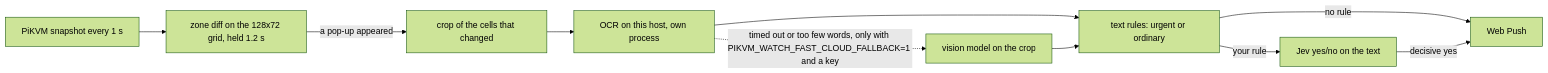
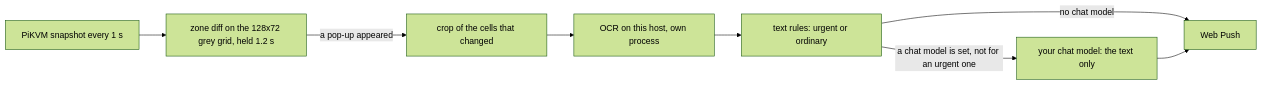
The second of 2 diagrams in docs/deploy-web.md (kierandrewett/pikvm-desktop-agentic), drawn with Mermaid (forest theme) before and after one commit. The commit also changed other lines of this file and 50 other files, not shown here.

````diff
--- a/docs/deploy-web.md
+++ b/docs/deploy-web.md
@@ -183,12 +96,10 @@
 ```mermaid
 flowchart LR
-    pi[PiKVM snapshot every 1 s] --> zone[zone diff on the 128x72 grid, held 1.2 s]
+    pi[PiKVM snapshot every 1 s] --> zone[zone diff on the 128x72 grey grid, held 1.2 s]
     zone -->|a pop-up appeared| crop[crop of the cells that changed]
     crop --> ocr[OCR on this host, own process]
     ocr --> rules[text rules: urgent or ordinary]
-    rules -->|no rule| push[Web Push]
-    rules -->|your rule| jev[Jev yes/no on the text]
-    jev -->|decisive yes| push
-    ocr -.->|timed out or too few words, only with PIKVM_WATCH_FAST_CLOUD_FALLBACK=1 and a key| vision[vision model on the crop]
-    vision --> rules
+    rules -->|a chat model is set, not for an urgent one| chat[your chat model: the text only]
+    rules -->|no chat model| push[Web Push]
+    chat --> push
 ```
````
